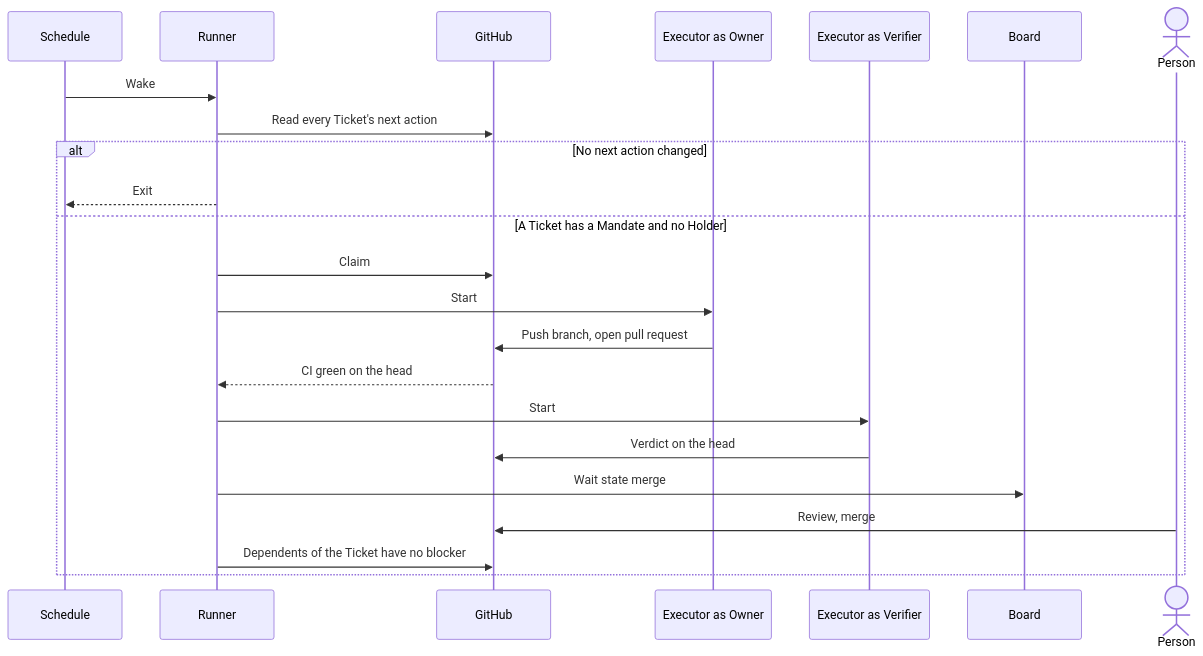
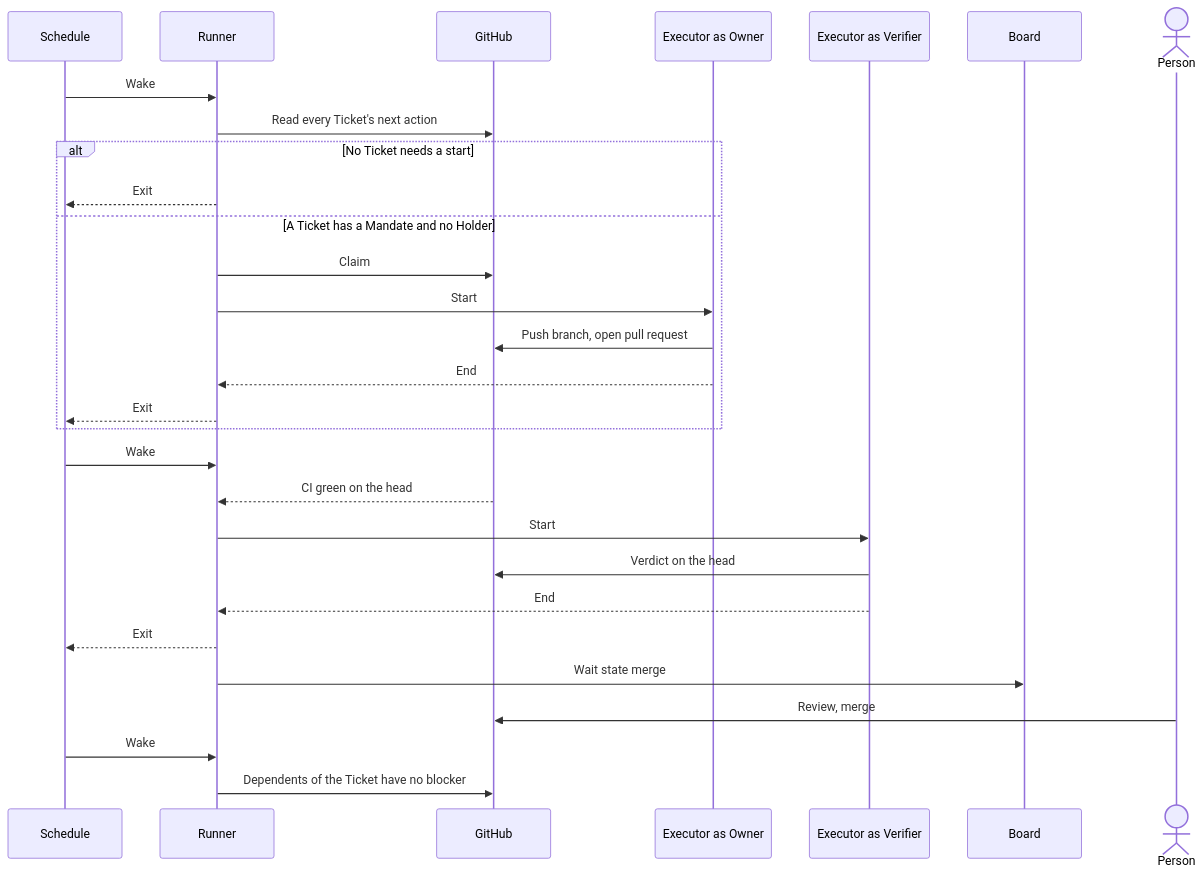
One commit to maro114510/skills changed the fourth of 6 diagrams in docs/design/development-pipeline.md. Above: the diagram before and after it, drawn with Mermaid. The commit also changed other lines of this file and 1 other file, not shown here.

````diff
--- a/docs/design/development-pipeline.md
+++ b/docs/design/development-pipeline.md
@@ -125,25 +126,31 @@
 ```mermaid
 sequenceDiagram
     participant C as Schedule
     participant R as Runner
     participant G as GitHub
     participant O as Executor as Owner
     participant V as Executor as Verifier
     participant B as Board
     actor P as Person
     C->>R: Wake
     R->>G: Read every Ticket's next action
-    alt No next action changed
+    alt No Ticket needs a start
         R-->>C: Exit
     else A Ticket has a Mandate and no Holder
         R->>G: Claim
         R->>O: Start
         O->>G: Push branch, open pull request
-        G-->>R: CI green on the head
-        R->>V: Start
-        V->>G: Verdict on the head
-        R->>B: Wait state merge
-        P->>G: Review, merge
-        R->>G: Dependents of the Ticket have no blocker
+        O-->>R: End
+        R-->>C: Exit
     end
+    C->>R: Wake
+    G-->>R: CI green on the head
+    R->>V: Start
+    V->>G: Verdict on the head
+    V-->>R: End
+    R-->>C: Exit
+    R->>B: Wait state merge
+    P->>G: Review, merge
+    C->>R: Wake
+    R->>G: Dependents of the Ticket have no blocker
 ```
````
